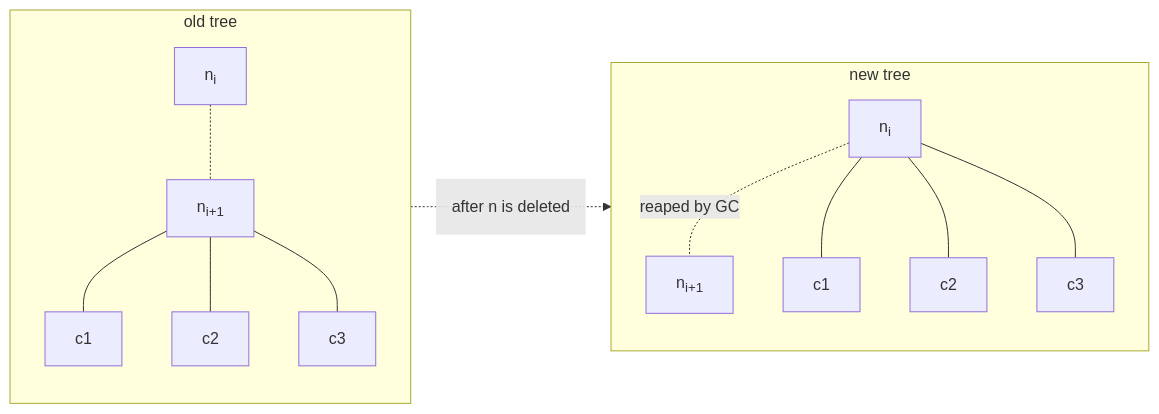
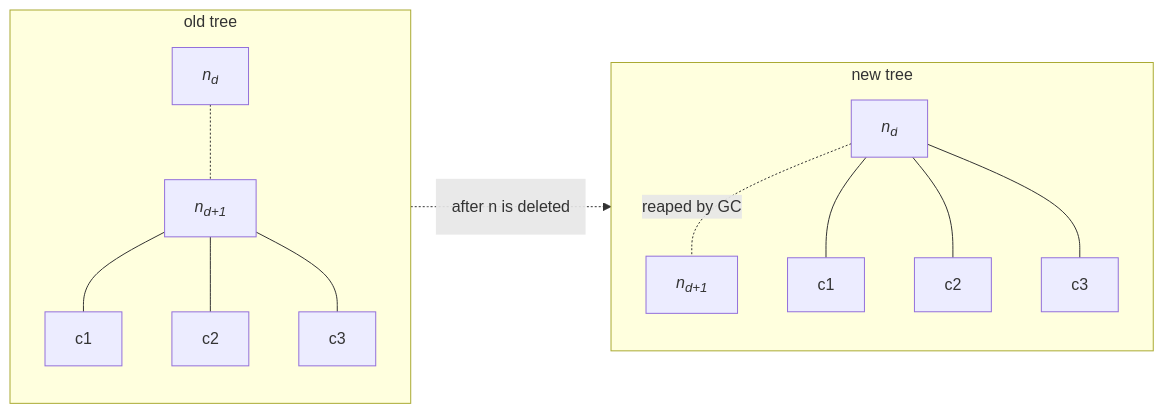
The diagram in study/graphs/notes/dfs-strategy.md (nkarl/learn.algorithms), drawn with Mermaid before and after one commit. The commit also changed other lines of this file, not shown here.

````diff
--- a/study/graphs/notes/dfs-strategy.md
+++ b/study/graphs/notes/dfs-strategy.md
@@ -12,19 +12,19 @@
 ```mermaid
 flowchart LR
 
 subgraph old[old tree]
-op1[n<sub>i</sub>] -.- oc1[n<sub>i+1</sub>]
+op1[<em>n<sub>d</sub></em>] -.- oc1[<em>n<sub>d+1</sub></em>]
 oc1 --- oc11[c1]
 oc1 --- oc12[c2]
 oc1 --- oc13[c3]
 end
 
 subgraph new[new tree]
-np1[n<sub>i</sub>] -.-|reaped by GC| ncd[n<sub>i+1</sub>]
+np1[<em>n<sub>d</sub></em>] -.-|reaped by GC| ncd[<em>n<sub>d+1</sub></em>]
 np1 --- nc1[c1]
 np1 --- nc2[c2]
 np1 --- nc3[c3]
 end
 
 old -.->|<p style='padding:1em'>after n is deleted</p>| new
 ```
````
